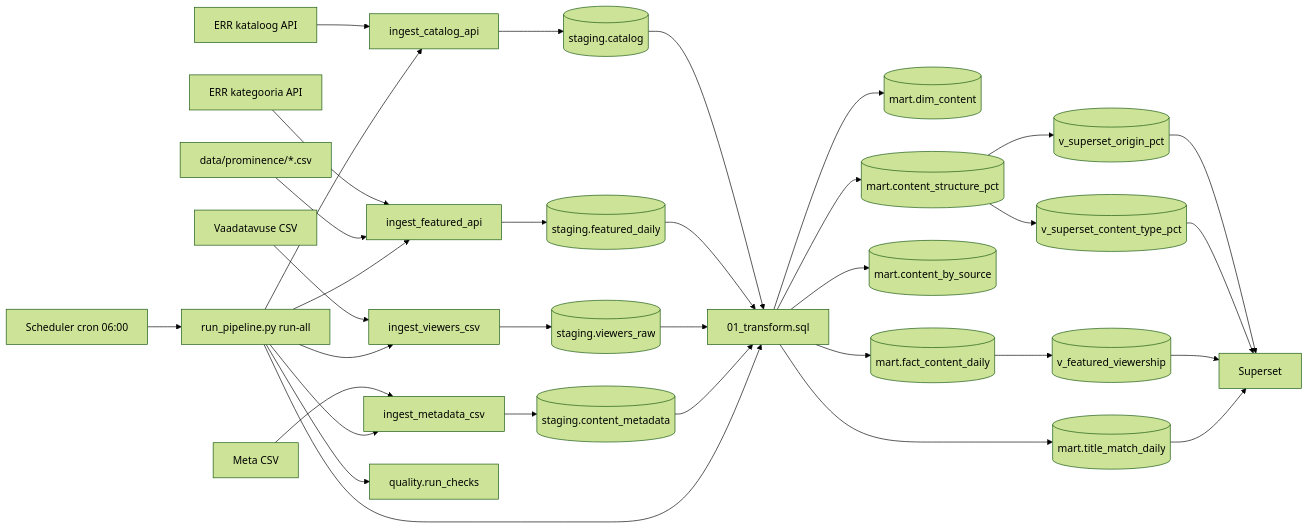
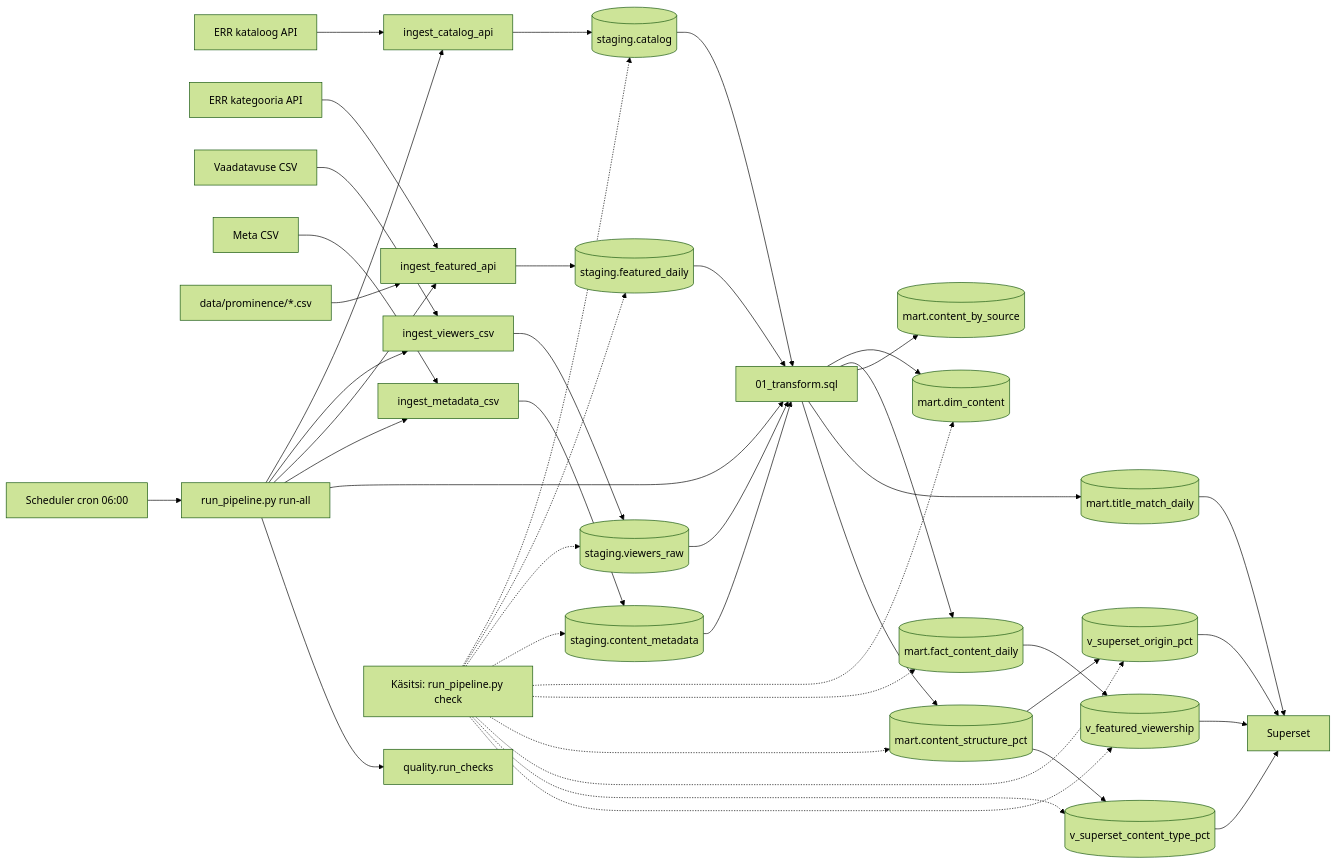
Before and after one commit to margusvaldre/andmeanalyys2026: the diagram in docs/arhitektuur.md, drawn with Mermaid (forest theme). The commit also changed other lines of this file, not shown here.

Commit message:
Lisa pipeline check arhitektuuri.
Täpsusta andmevoo skeemi ja automatiseerimise osa run_pipeline.py check jaoks.

````diff
--- a/docs/arhitektuur.md
+++ b/docs/arhitektuur.md
@@ -97,41 +97,52 @@
 ```mermaid
 flowchart LR
     apiCatalog[ERR kataloog API] --> ingestCatalog[ingest_catalog_api]
     apiFeatured[ERR kategooria API] --> ingestFeatured[ingest_featured_api]
     csvViewers[Vaadatavuse CSV] --> ingestViewers[ingest_viewers_csv]
     csvMeta[Meta CSV] --> ingestMeta[ingest_metadata_csv]
     configProminence[data/prominence/*.csv] --> ingestFeatured
 
     ingestCatalog --> stagingCatalog[(staging.catalog)]
     ingestFeatured --> stagingFeatured[(staging.featured_daily)]
     ingestViewers --> stagingViewers[(staging.viewers_raw)]
     ingestMeta --> stagingMeta[(staging.content_metadata)]
 
     stagingCatalog --> transform[01_transform.sql]
     stagingFeatured --> transform
     stagingViewers --> transform
     stagingMeta --> transform
 
     transform --> dimContent[(mart.dim_content)]
     transform --> factDaily[(mart.fact_content_daily)]
     transform --> bySource[(mart.content_by_source)]
     transform --> matchDaily[(mart.title_match_daily)]
     transform --> structurePct[(mart.content_structure_pct)]
 
     structurePct --> vOrigin[(v_superset_origin_pct)]
     structurePct --> vType[(v_superset_content_type_pct)]
     factDaily --> vFeatured[(v_featured_viewership)]
 
     vOrigin --> superset[Superset]
     vType --> superset
     vFeatured --> superset
     matchDaily --> superset
 
     scheduler[Scheduler cron 06:00] --> runAll[run_pipeline.py run-all]
     runAll --> ingestCatalog
     runAll --> ingestViewers
     runAll --> ingestFeatured
     runAll --> ingestMeta
     runAll --> transform
     runAll --> quality[quality.run_checks]
+
+    manualCheck[Käsitsi: run_pipeline.py check] -.-> stagingCatalog
+    manualCheck -.-> stagingFeatured
+    manualCheck -.-> stagingViewers
+    manualCheck -.-> stagingMeta
+    manualCheck -.-> dimContent
+    manualCheck -.-> factDaily
+    manualCheck -.-> structurePct
+    manualCheck -.-> vOrigin
+    manualCheck -.-> vType
+    manualCheck -.-> vFeatured
 ```
````
